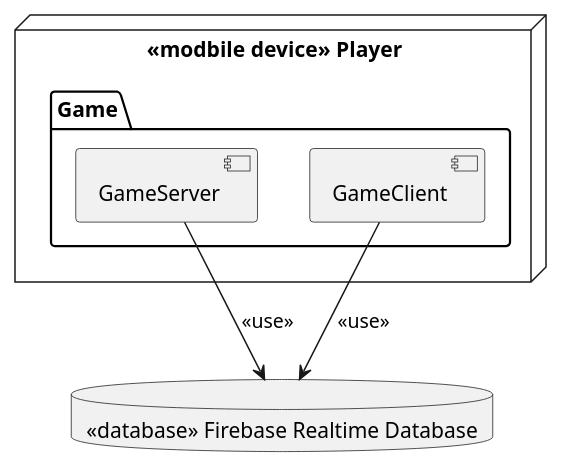
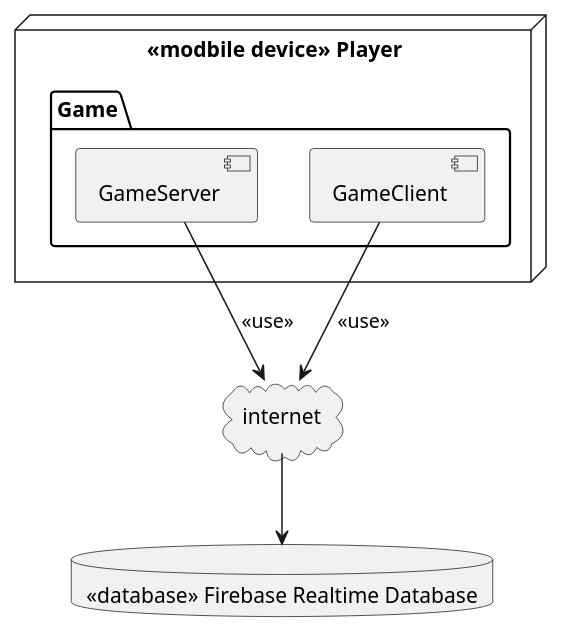
Before and after one commit to SverreNystad/besieged: the diagram in docs/diagrams/deploymeny-diagram.puml, drawn with PlantUML.

Commit message:
Make it clear that we access the database through the internet

```diff
--- a/docs/diagrams/deploymeny-diagram.puml
+++ b/docs/diagrams/deploymeny-diagram.puml
@@ -1,15 +1,20 @@
 @startuml
 
 node "<<modbile device>> Player" as PlayerOne {
     package "Game" {
         component "GameServer" as P1GameServer
         component "GameClient" as P1GameClient
     }
 }
 
 database "<<database>> Firebase Realtime Database" as Firebase
 
-P1GameClient --> Firebase : <<use>>
-P1GameServer --> Firebase : <<use>>
+
+cloud internet
+
+P1GameClient --> internet : <<use>>
+P1GameServer --> internet : <<use>>
+
+internet --> Firebase
 
 @enduml
```
